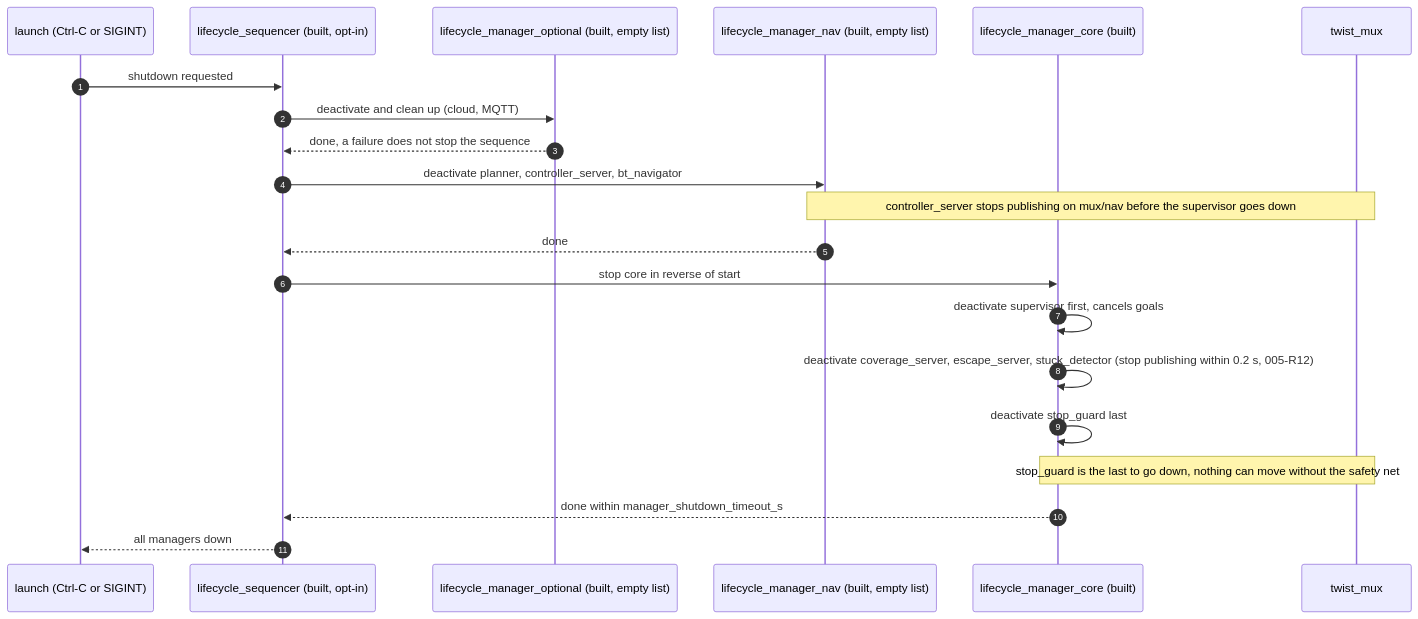
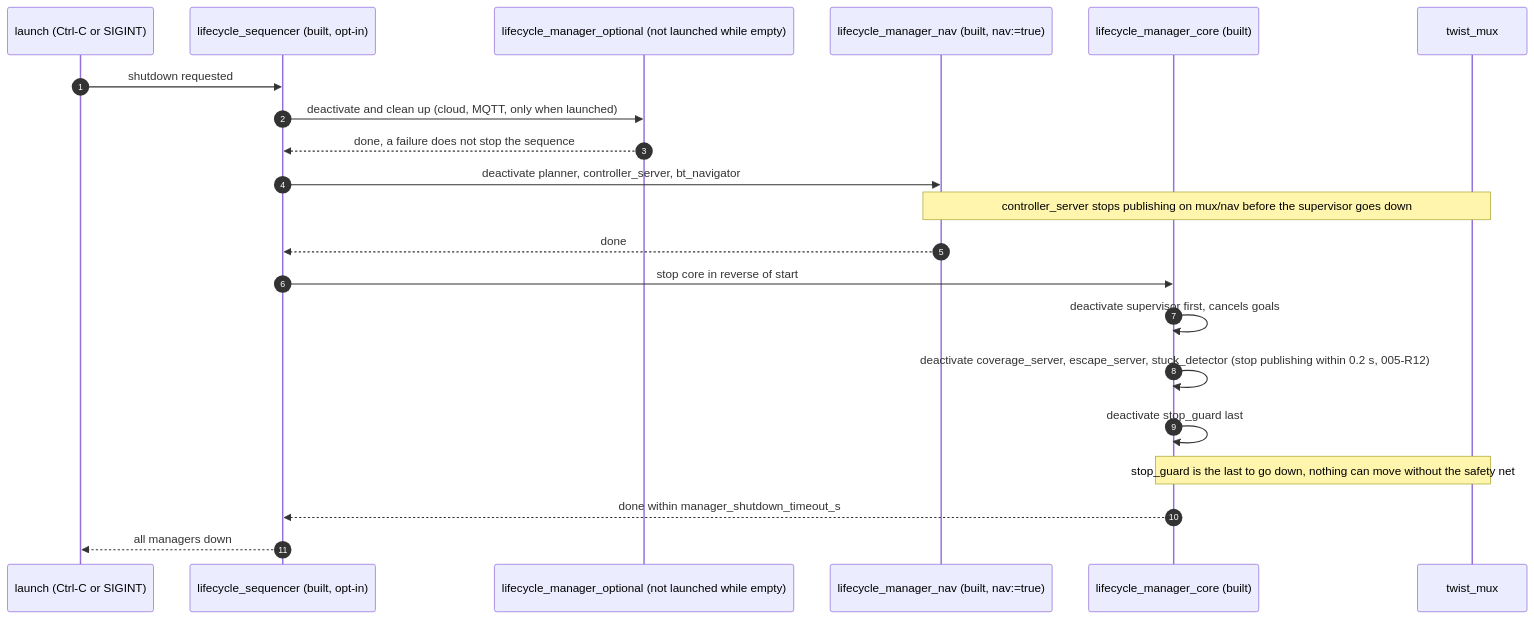
Before and after one commit to Rodolfodc/kuberostics: the diagram in docs/diagrams/built-so-far-seq5-shutdown.mmd, drawn with Mermaid. The commit also changed 8 other files, not shown here.

First line of the commit message:
Contract batch 3: built-so-far diagrams, optional manager not launched while empty, nav manager has nodes

```diff
--- a/docs/diagrams/built-so-far-seq5-shutdown.mmd
+++ b/docs/diagrams/built-so-far-seq5-shutdown.mmd
@@ -1,23 +1,23 @@
 %% Sequence 5: orderly shutdown in reverse order. Built in the lifecycle_sequencer (005-R37, PR #25), used only with with_sequencer:=true; without it the launch just stops processes, and stop_guard has SIGINT hardening (PR #10).
 sequenceDiagram
   autonumber
   participant L as launch (Ctrl-C or SIGINT)
   participant SQ as lifecycle_sequencer (built, opt-in)
-  participant OP as lifecycle_manager_optional (built, empty list)
-  participant NV as lifecycle_manager_nav (built, empty list)
+  participant OP as lifecycle_manager_optional (not launched while empty)
+  participant NV as lifecycle_manager_nav (built, nav:=true)
   participant CO as lifecycle_manager_core (built)
   participant M as twist_mux
 
   L->>SQ: shutdown requested
-  SQ->>OP: deactivate and clean up (cloud, MQTT)
+  SQ->>OP: deactivate and clean up (cloud, MQTT, only when launched)
   OP-->>SQ: done, a failure does not stop the sequence
   SQ->>NV: deactivate planner, controller_server, bt_navigator
   Note over NV,M: controller_server stops publishing on mux/nav before the supervisor goes down
   NV-->>SQ: done
   SQ->>CO: stop core in reverse of start
   CO->>CO: deactivate supervisor first, cancels goals
   CO->>CO: deactivate coverage_server, escape_server, stuck_detector (stop publishing within 0.2 s, 005-R12)
   CO->>CO: deactivate stop_guard last
   Note over CO,M: stop_guard is the last to go down, nothing can move without the safety net
   CO-->>SQ: done within manager_shutdown_timeout_s
   SQ-->>L: all managers down
```
